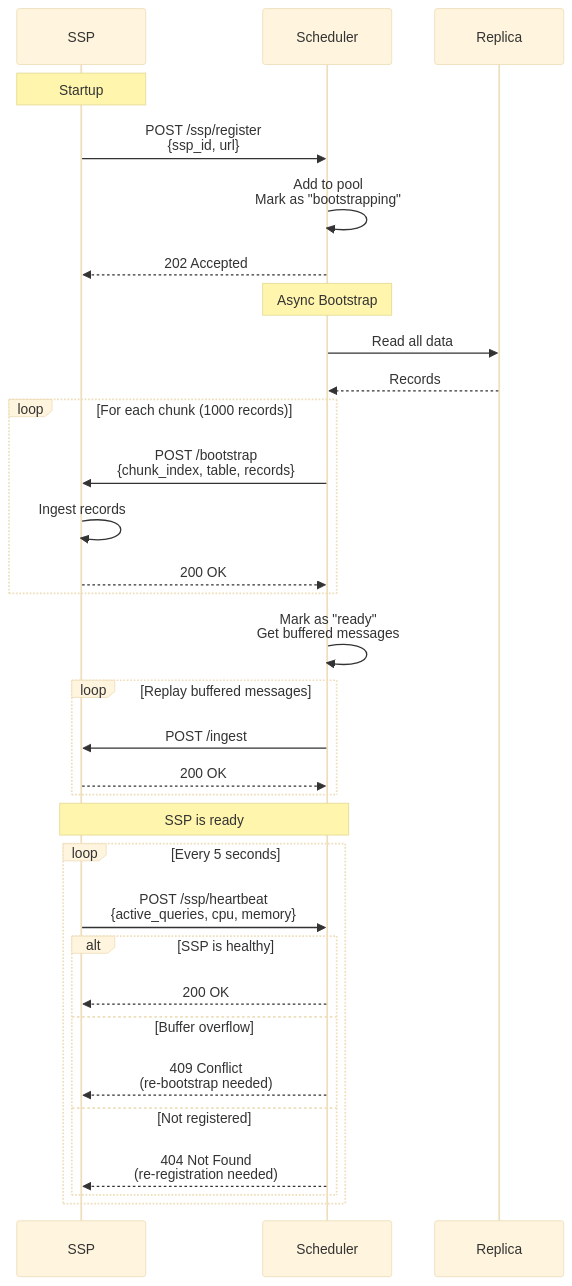
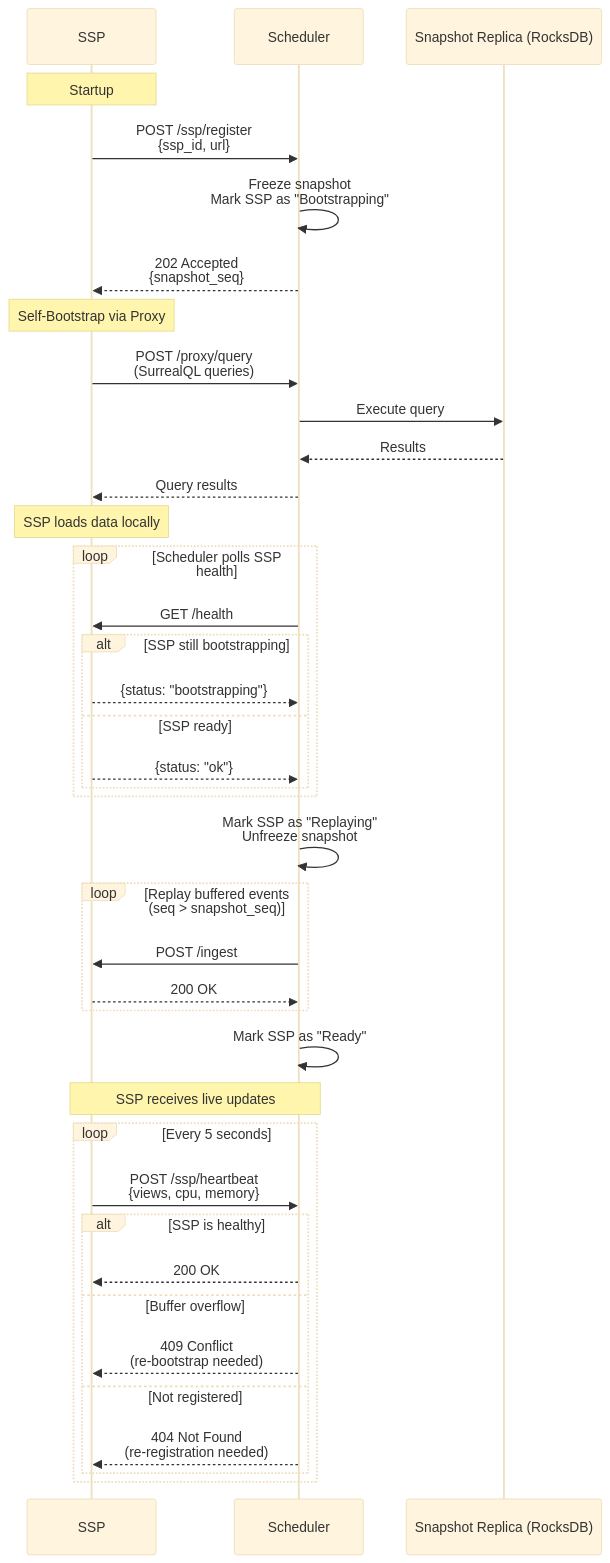
One commit to mono424/spooky changed the third of 5 diagrams in apps/landing-page/src/pages/docs/architecture.mdx. Above: the diagram before and after it, drawn with Mermaid (base theme). The commit also changed other lines of this file and 3 other files, not shown here.

````diff
--- a/apps/landing-page/src/pages/docs/architecture.mdx
+++ b/apps/landing-page/src/pages/docs/architecture.mdx
@@ -117,43 +127,52 @@
 ```mermaid
 sequenceDiagram
     participant SSP
     participant Scheduler
-    participant Replica
+    participant Replica as Snapshot Replica (RocksDB)
 
     Note over SSP: Startup
 
     SSP->>Scheduler: POST /ssp/register<br/>{ssp_id, url}
-    Scheduler->>Scheduler: Add to pool<br/>Mark as "bootstrapping"
-    Scheduler-->>SSP: 202 Accepted
+    Scheduler->>Scheduler: Freeze snapshot<br/>Mark SSP as "Bootstrapping"
+    Scheduler-->>SSP: 202 Accepted<br/>{snapshot_seq}
 
-    Note over Scheduler: Async Bootstrap
+    Note over SSP: Self-Bootstrap via Proxy
 
-    Scheduler->>Replica: Read all data
-    Replica-->>Scheduler: Records
+    SSP->>Scheduler: POST /proxy/query<br/>(SurrealQL queries)
+    Scheduler->>Replica: Execute query
+    Replica-->>Scheduler: Results
+    Scheduler-->>SSP: Query results
 
-    loop For each chunk (1000 records)
-        Scheduler->>SSP: POST /bootstrap<br/>{chunk_index, table, records}
-        SSP->>SSP: Ingest records
-        SSP-->>Scheduler: 200 OK
+    Note over SSP: SSP loads data locally
+
+    loop Scheduler polls SSP health
+        Scheduler->>SSP: GET /health
+        alt SSP still bootstrapping
+            SSP-->>Scheduler: {status: "bootstrapping"}
+        else SSP ready
+            SSP-->>Scheduler: {status: "ok"}
+        end
     end
 
-    Scheduler->>Scheduler: Mark as "ready"<br/>Get buffered messages
+    Scheduler->>Scheduler: Mark SSP as "Replaying"<br/>Unfreeze snapshot
 
-    loop Replay buffered messages
+    loop Replay buffered events (seq > snapshot_seq)
         Scheduler->>SSP: POST /ingest
         SSP-->>Scheduler: 200 OK
     end
 
-    Note over SSP,Scheduler: SSP is ready
+    Scheduler->>Scheduler: Mark SSP as "Ready"
+
+    Note over SSP,Scheduler: SSP receives live updates
 
     loop Every 5 seconds
-        SSP->>Scheduler: POST /ssp/heartbeat<br/>{active_queries, cpu, memory}
+        SSP->>Scheduler: POST /ssp/heartbeat<br/>{views, cpu, memory}
         alt SSP is healthy
             Scheduler-->>SSP: 200 OK
         else Buffer overflow
             Scheduler-->>SSP: 409 Conflict<br/>(re-bootstrap needed)
         else Not registered
             Scheduler-->>SSP: 404 Not Found<br/>(re-registration needed)
         end
     end
 ```
````
